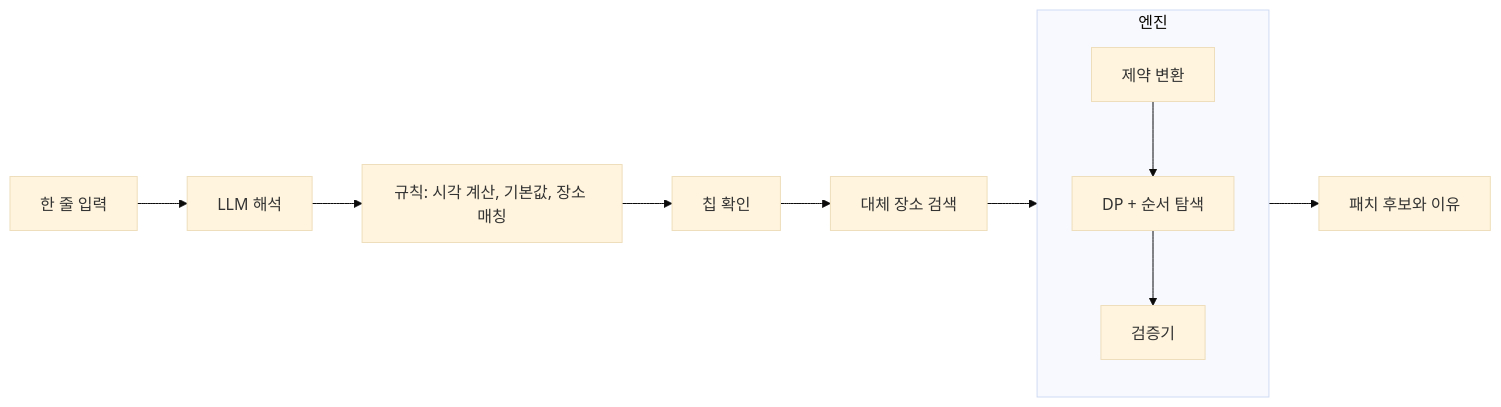
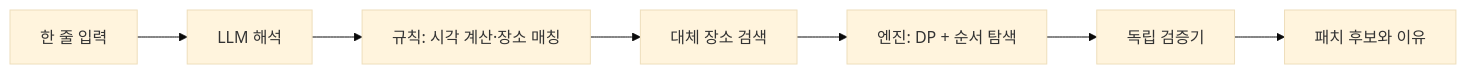
The diagram in README.md (kyurimyang/TravelPatch), drawn with Mermaid (base theme) before and after one commit. The commit also changed other lines of this file, not shown here.

````diff
--- a/README.md
+++ b/README.md
@@ -41,14 +37,5 @@
 ```mermaid
 flowchart LR
-  U[한 줄 입력] --> I[LLM 해석]
-  I --> B[규칙: 시각 계산, 기본값, 장소 매칭]
-  B --> C[칩 확인]
-  C --> S[대체 장소 검색]
-  S --> E
-  subgraph E[엔진]
-    direction TB
-    K[제약 변환] --> O[DP + 순서 탐색]
-    O --> V[검증기]
-  end
-  E --> P[패치 후보와 이유]
+  U[한 줄 입력] --> I[LLM 해석] --> B[규칙: 시각 계산·장소 매칭] --> S[대체 장소 검색]
+  S --> O[엔진: DP + 순서 탐색] --> V[독립 검증기] --> P[패치 후보와 이유]
 ```
````
